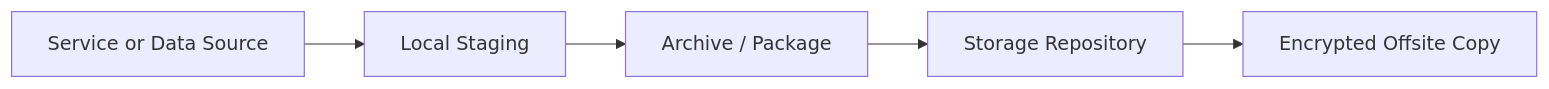
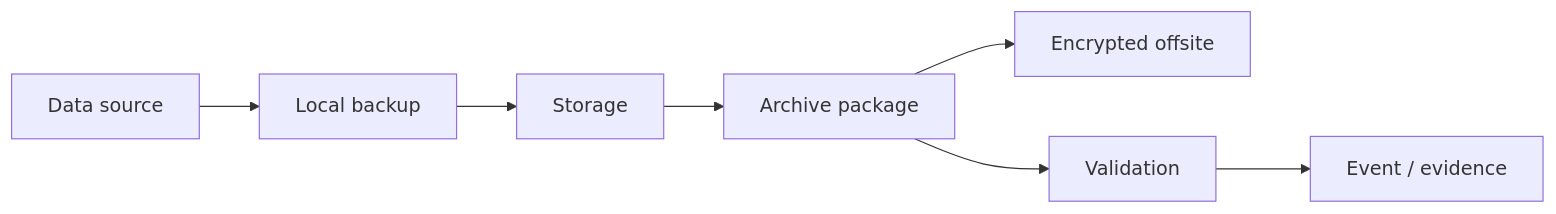
The diagram in docs/en/05-backup-and-recovery.md (Nicolasperaltait/homelab), drawn with Mermaid before and after one commit. The commit also changed other lines of this file and 24 other files, not shown here.

Commit message:
docs: publish sanitized homelab architecture record

````diff
--- a/docs/en/05-backup-and-recovery.md
+++ b/docs/en/05-backup-and-recovery.md
@@ -29,7 +29,9 @@
 ```mermaid
 flowchart LR
-    SRC[Service or Data Source] --> STG[Local Staging]
-    STG --> ARC[Archive / Package]
-    ARC --> NAS[Storage Repository]
-    NAS --> OFF[Encrypted Offsite Copy]
+    A[Data source] --> B[Local backup]
+    B --> C[Storage]
+    C --> D[Archive package]
+    D --> E[Encrypted offsite]
+    D --> F[Validation]
+    F --> G[Event / evidence]
 ```
````
